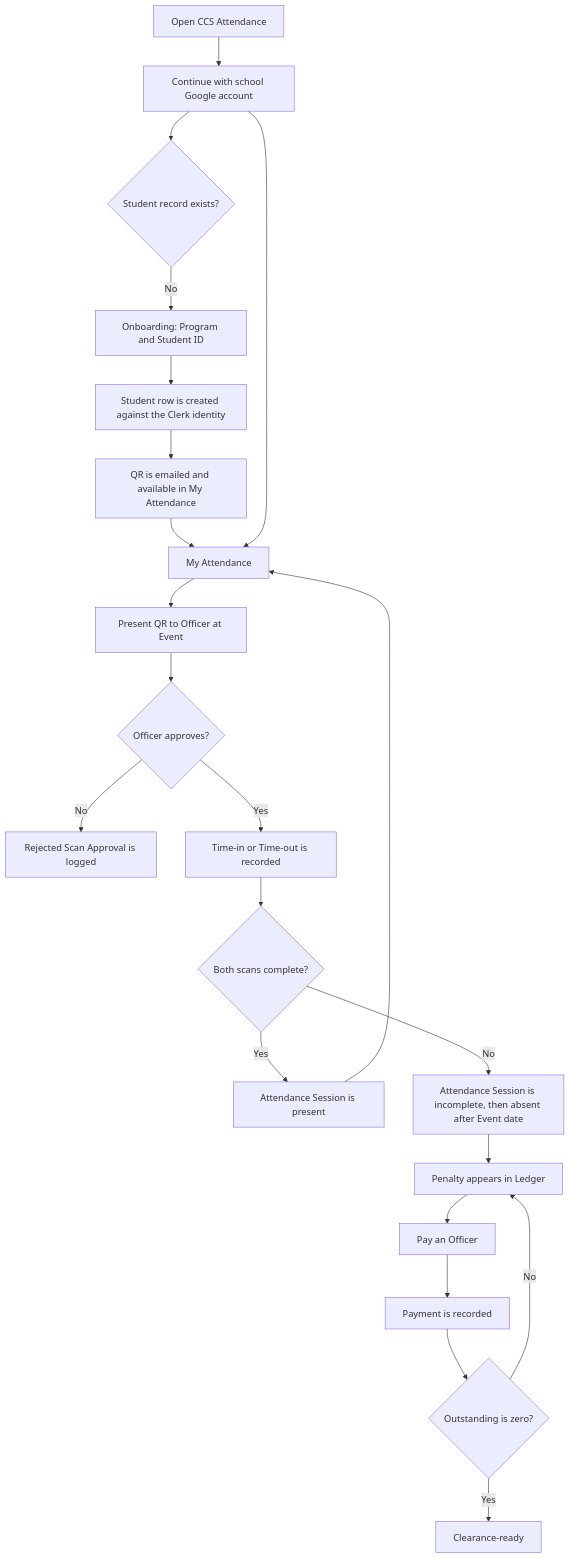
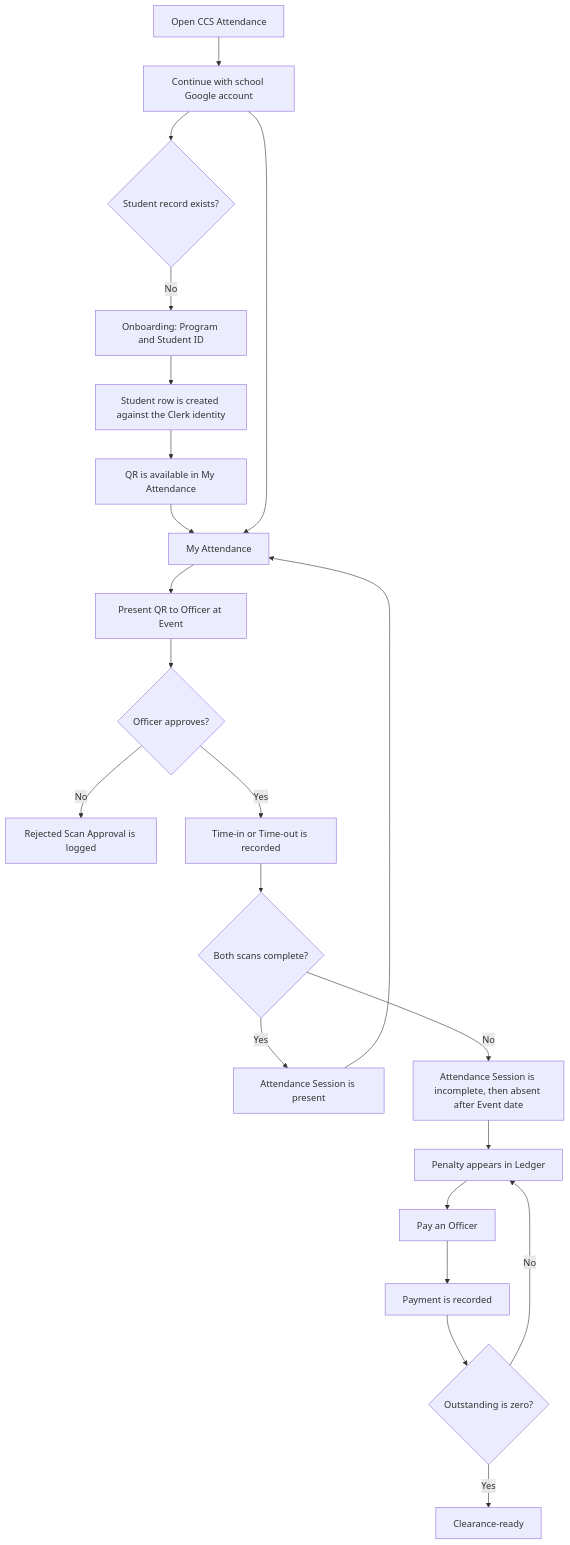
Before and after one commit to NCF-CCS-Opensource/csc: the diagram in docs/flows/student-user-flow.md, drawn with Mermaid. The commit also changed other lines of this file and 5 other files, not shown here.

First line of the commit message:
docs: retire Resend from architecture and deployment docs

````diff
--- a/docs/flows/student-user-flow.md
+++ b/docs/flows/student-user-flow.md
@@ -7,24 +7,24 @@
 ```mermaid
 flowchart TD
     A[Open CCS Attendance] --> H[Continue with school Google account]
     H --> B{Student record exists?}
     B -- No --> C[Onboarding: Program and Student ID]
     C --> F[Student row is created against the Clerk identity]
-    F --> G[QR is emailed and available in My Attendance]
+    F --> G[QR is available in My Attendance]
     G --> I
     H --> I[My Attendance]
     I --> J[Present QR to Officer at Event]
     J --> K{Officer approves?}
     K -- No --> L[Rejected Scan Approval is logged]
     K -- Yes --> M[Time-in or Time-out is recorded]
     M --> N{Both scans complete?}
     N -- Yes --> O[Attendance Session is present]
     N -- No --> P[Attendance Session is incomplete, then absent after Event date]
     O --> I
     P --> Q[Penalty appears in Ledger]
     Q --> R[Pay an Officer]
     R --> S[Payment is recorded]
     S --> T{Outstanding is zero?}
     T -- Yes --> U[Clearance-ready]
     T -- No --> Q
 ```
````
